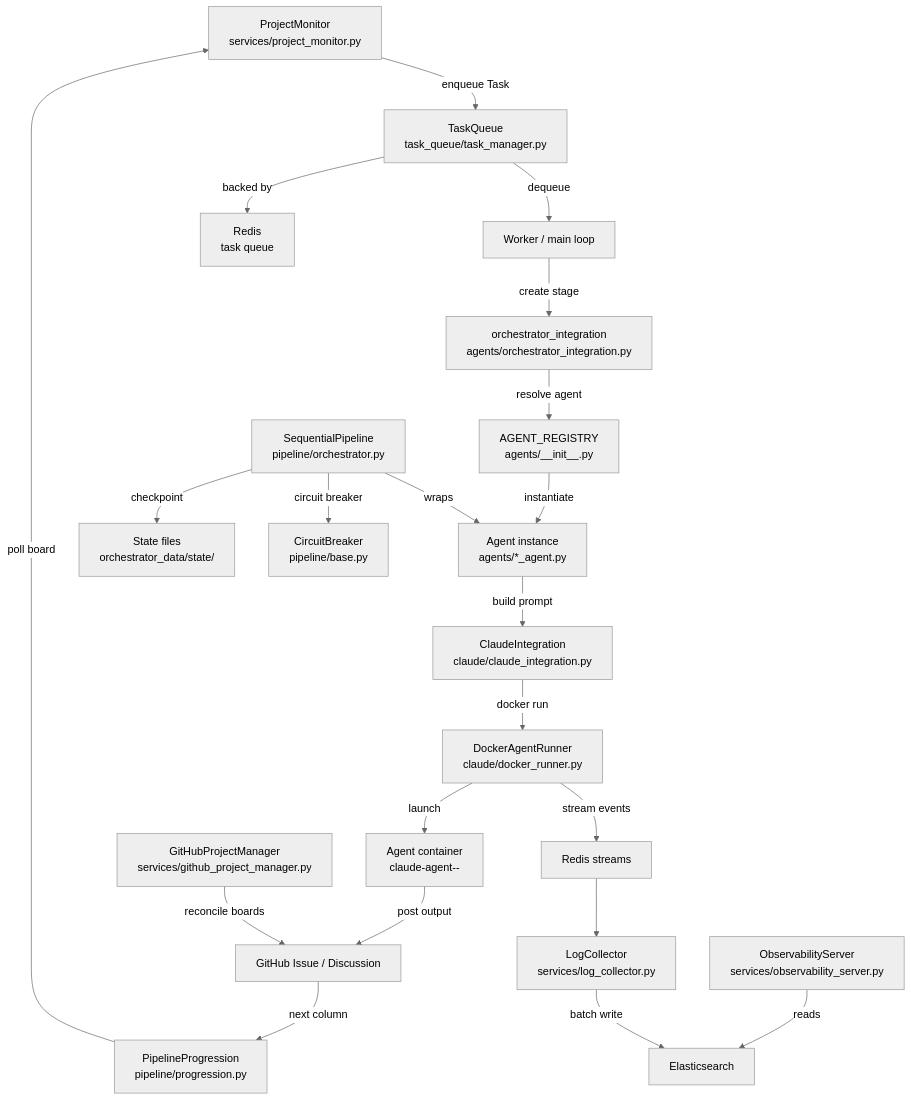
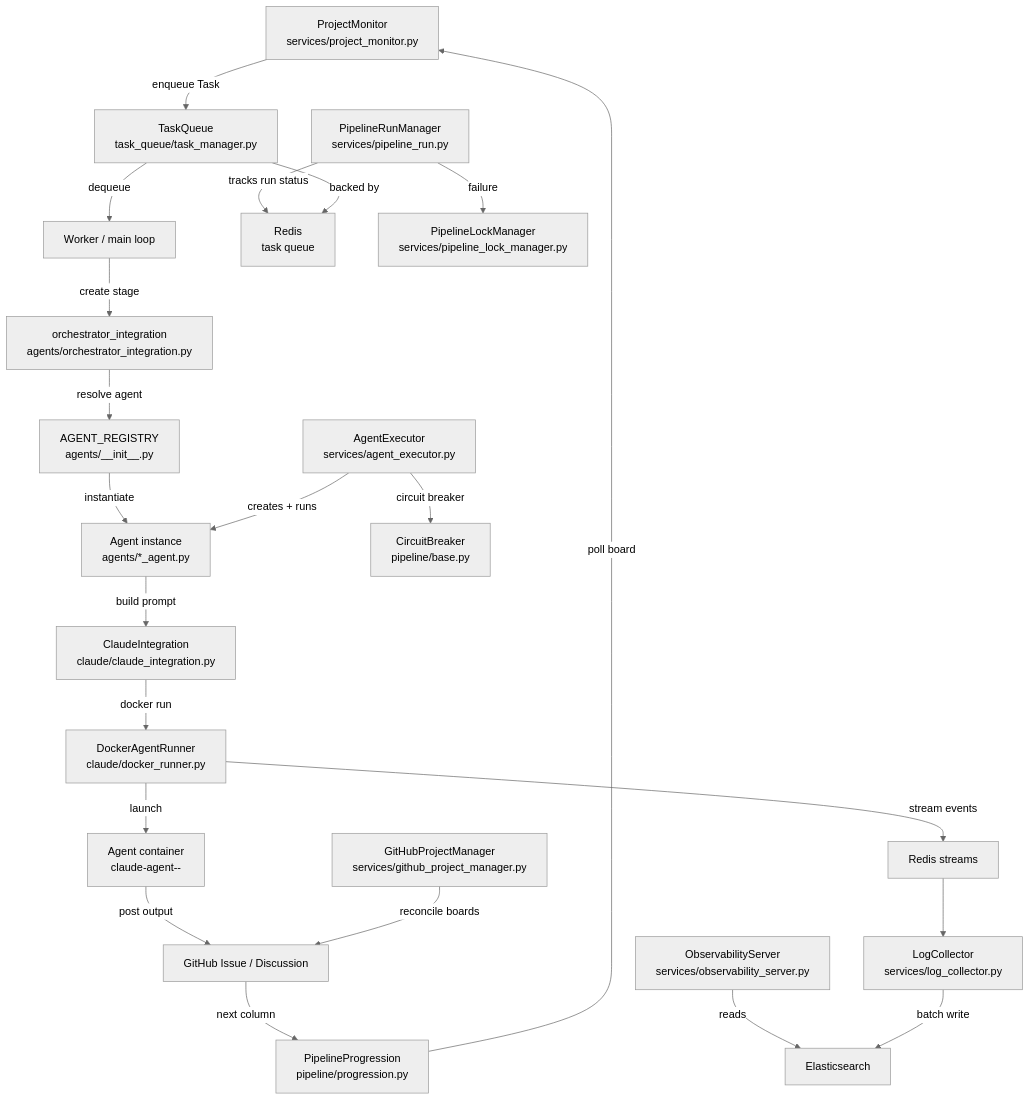
Before and after one commit to tinkermonkey/switchyard: the first of 4 diagrams in documentation/system-architecture.md, drawn with Mermaid (neutral theme). The commit also changed other lines of this file and 45 other files, not shown here.

````diff
--- a/documentation/system-architecture.md
+++ b/documentation/system-architecture.md
@@ -11,25 +11,26 @@
 ```mermaid
 graph TD
     PM[ProjectMonitor<br>services/project_monitor.py] -->|enqueue Task| TQ[TaskQueue<br>task_queue/task_manager.py]
     TQ -->|dequeue| W[Worker / main loop]
     W -->|create stage| OI[orchestrator_integration<br>agents/orchestrator_integration.py]
     OI -->|resolve agent| AR[AGENT_REGISTRY<br>agents/__init__.py]
     AR -->|instantiate| AG[Agent instance<br>agents/*_agent.py]
     AG -->|build prompt| CI[ClaudeIntegration<br>claude/claude_integration.py]
     CI -->|docker run| DR[DockerAgentRunner<br>claude/docker_runner.py]
     DR -->|launch| DC[Agent container<br>claude-agent-<project>-<task_id>]
     DC -->|post output| GH[GitHub Issue / Discussion]
     GH -->|next column| PP[PipelineProgression<br>pipeline/progression.py]
     PP -->|poll board| PM
 
-    SP[SequentialPipeline<br>pipeline/orchestrator.py] -->|wraps| AG
-    SP -->|checkpoint| FS[State files<br>orchestrator_data/state/]
-    SP -->|circuit breaker| CB[CircuitBreaker<br>pipeline/base.py]
+    AE[AgentExecutor<br>services/agent_executor.py] -->|creates + runs| AG
+    AE -->|circuit breaker| CB[CircuitBreaker<br>pipeline/base.py]
+    PR[PipelineRunManager<br>services/pipeline_run.py] -->|tracks run status| RD
+    PR -->|failure| PL[PipelineLockManager<br>services/pipeline_lock_manager.py]
 
     GHM[GitHubProjectManager<br>services/github_project_manager.py] -->|reconcile boards| GH
     OBS[ObservabilityServer<br>services/observability_server.py] -->|reads| ES[Elasticsearch]
     LC[LogCollector<br>services/log_collector.py] -->|batch write| ES
     DR -->|stream events| RS[Redis streams]
     RS --> LC
     TQ -->|backed by| RD[Redis<br>task queue]
 ```
````
